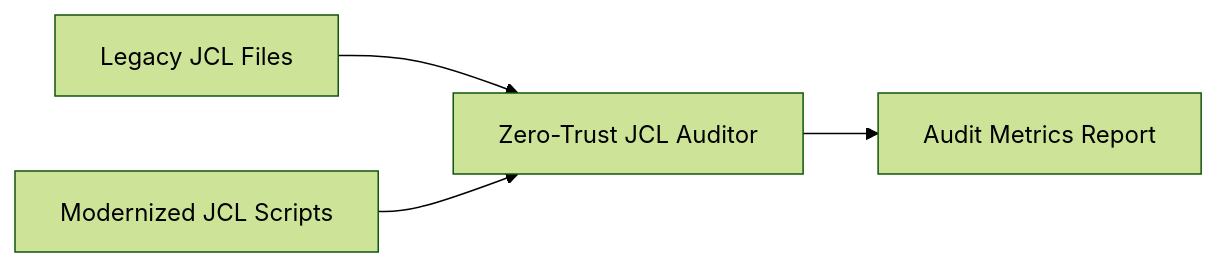
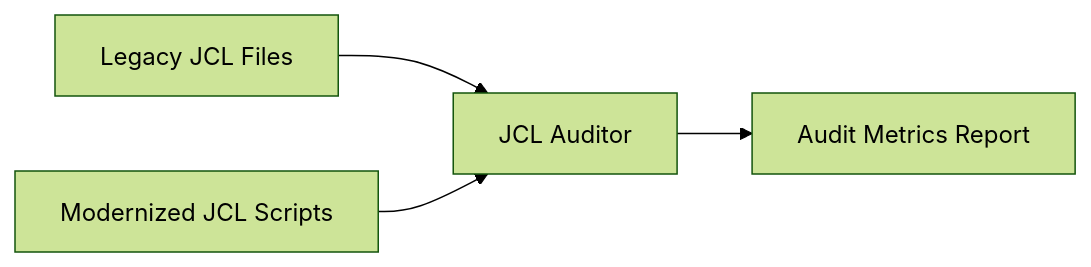
The diagram in docs/wiki/05-11-jcl-meta-auditor.md (squid-protocol/gitgalaxy), drawn with Mermaid (forest theme) before and after one commit. The commit also changed other lines of this file and 4 other files, not shown here.

Commit message:
Zero-trust wording slice 2: wiki 05-11/05-12, SBOM cookbook, mkdocs nav (Part of #8617)

````diff
--- a/docs/wiki/05-11-jcl-meta-auditor.md
+++ b/docs/wiki/05-11-jcl-meta-auditor.md
@@ -30,6 +30,6 @@
 ```mermaid
 flowchart LR
-    A[Legacy JCL Files] --> B[Zero-Trust JCL Auditor]
+    A[Legacy JCL Files] --> B[JCL Auditor]
     C[Modernized JCL Scripts] --> B
     B --> D[Audit Metrics Report]
 ```
````
